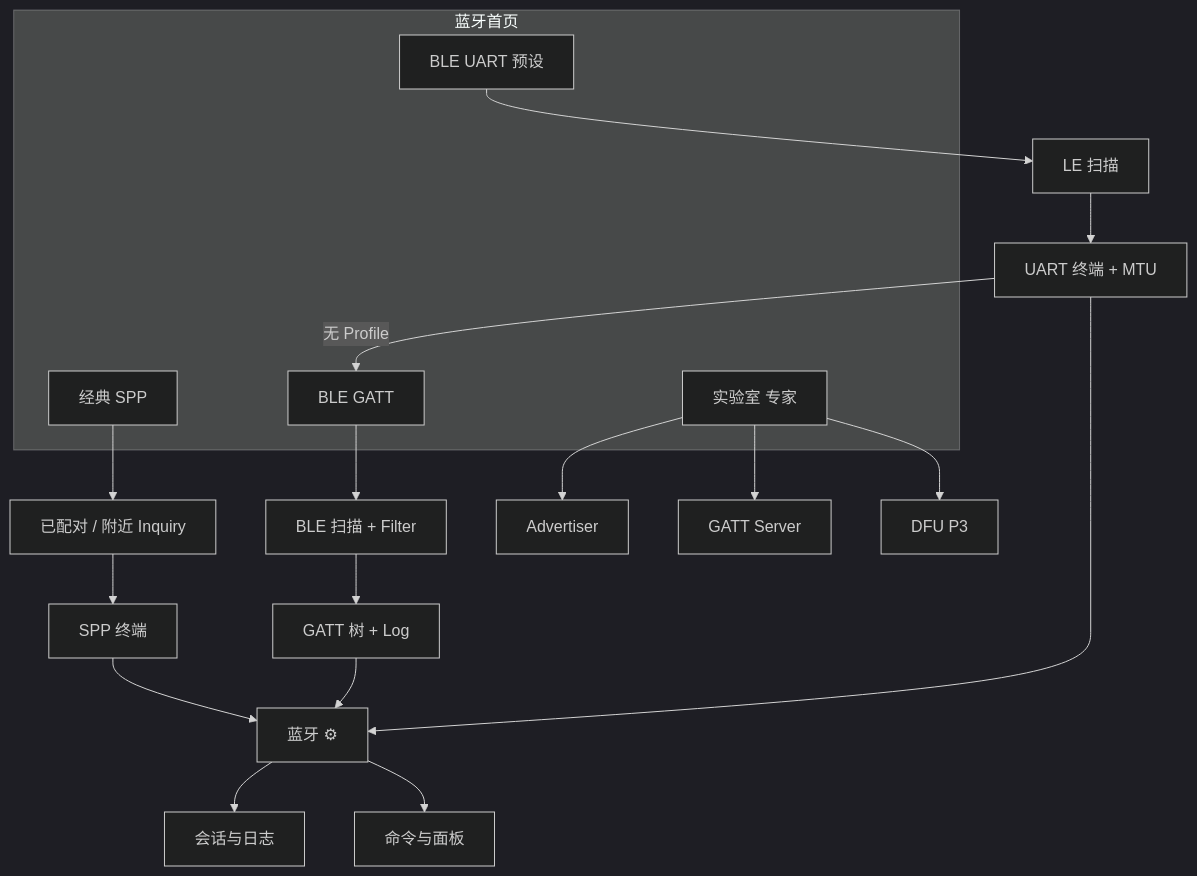
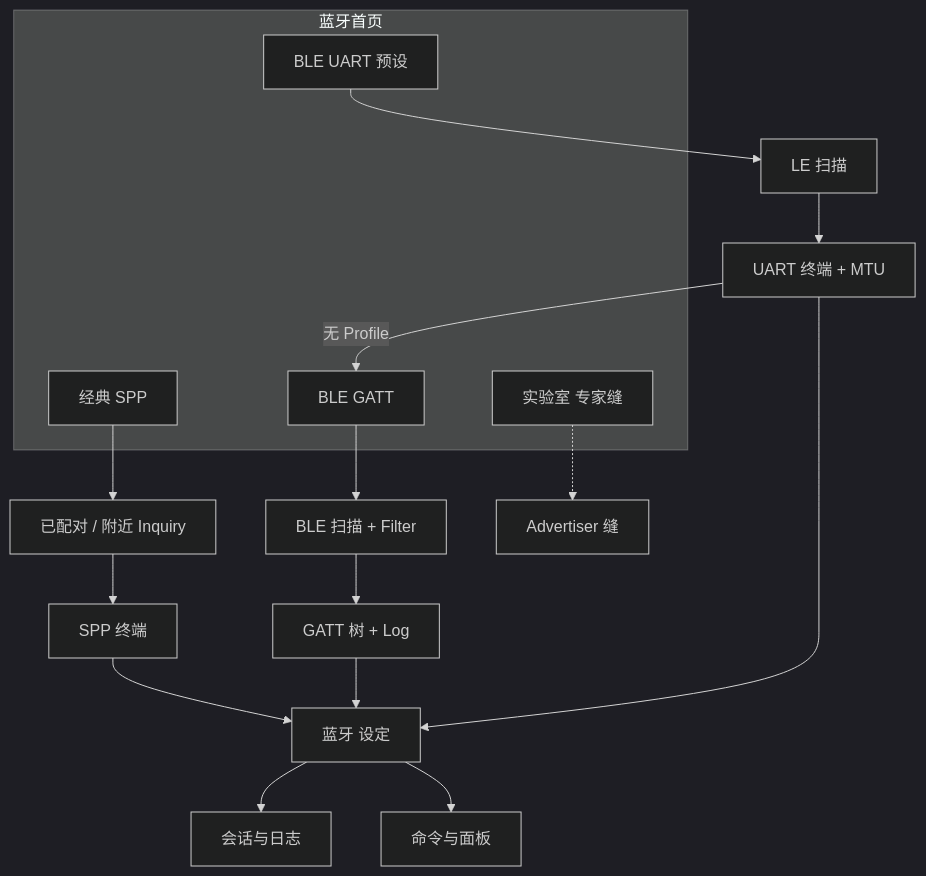
The diagram in .projectark/7-UIUX设计/无线调试工具/01-功能清单/02-蓝牙模块/README.md (yohurm/HarmonyOS-YoWireTools), drawn with Mermaid (dark theme) before and after one commit. The commit also changed other lines of this file and 17 other files, not shown here.

````diff
--- a/.projectark/7-UIUX设计/无线调试工具/01-功能清单/02-蓝牙模块/README.md
+++ b/.projectark/7-UIUX设计/无线调试工具/01-功能清单/02-蓝牙模块/README.md
@@ -71,24 +65,22 @@
 ```mermaid
 flowchart TB
   subgraph Home["蓝牙首页"]
     SPP["经典 SPP"]
     GATT["BLE GATT"]
     UART["BLE UART 预设"]
-    LAB["实验室 专家"]
+    LAB["实验室 专家缝"]
   end
   SPP --> SPPList["已配对 / 附近 Inquiry"]
   SPPList --> SPPTerm["SPP 终端"]
   GATT --> Scan["BLE 扫描 + Filter"]
   Scan --> GATTTree["GATT 树 + Log"]
   UART --> UARTScan["LE 扫描"]
   UARTScan --> UARTTerm["UART 终端 + MTU"]
   UARTTerm -->|无 Profile| GATT
-  LAB --> Adv["Advertiser"]
-  LAB --> GSRV["GATT Server"]
-  LAB --> DFU["DFU P3"]
-  SPPTerm --> Settings["蓝牙 ⚙"]
+  LAB -.-> Adv["Advertiser 缝"]
+  SPPTerm --> Settings["蓝牙 设定"]
   GATTTree --> Settings
   UARTTerm --> Settings
   Settings --> Session["会话与日志"]
   Settings --> Cmd["命令与面板"]
 ```
````
